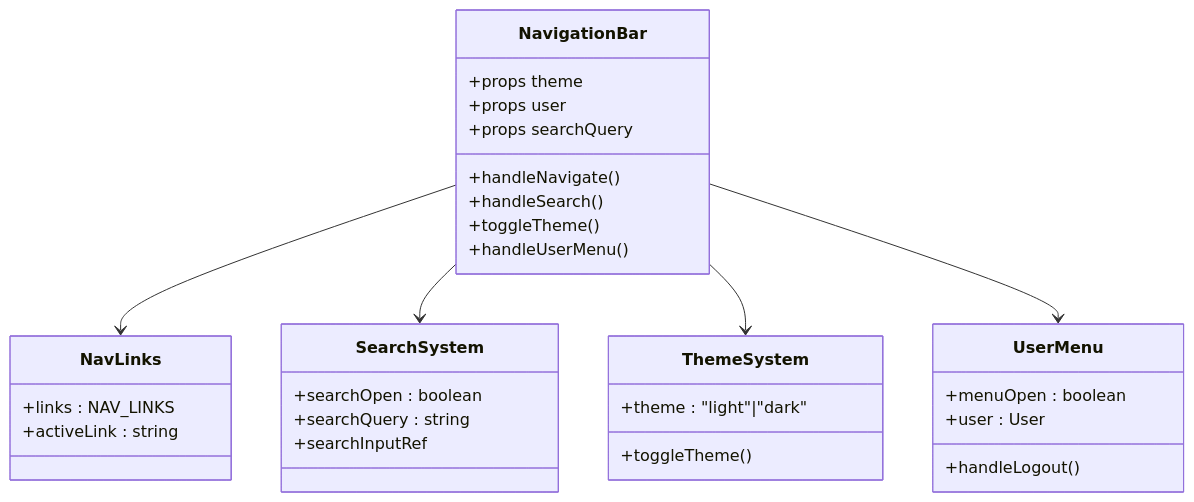
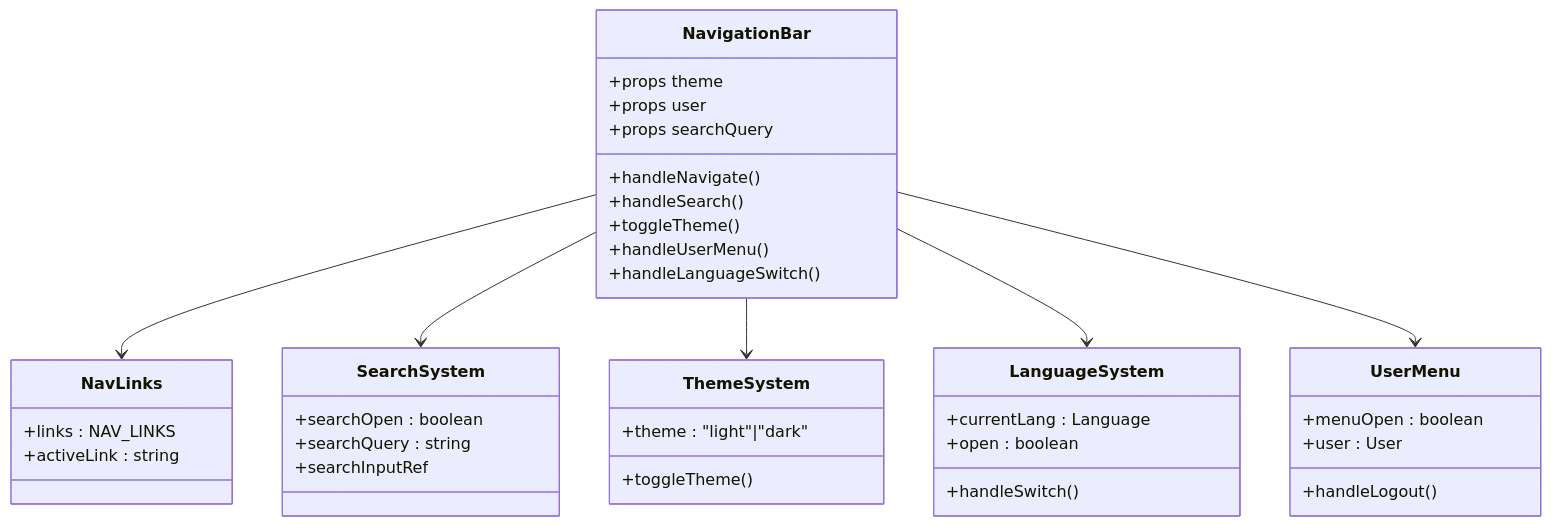
The fourth of 13 diagrams in .qoder/repowiki/zh/content/系统架构/前端架构/组件架构/资源管理组件.md (KunLabAI/KunFlix), drawn with Mermaid before and after one commit. The commit also changed other lines of this file and 78 other files, not shown here.

````diff
--- a/.qoder/repowiki/zh/content/系统架构/前端架构/组件架构/资源管理组件.md
+++ b/.qoder/repowiki/zh/content/系统架构/前端架构/组件架构/资源管理组件.md
@@ -184,34 +270,41 @@
 ```mermaid
 classDiagram
 class NavigationBar {
 +props theme
 +props user
 +props searchQuery
 +handleNavigate()
 +handleSearch()
 +toggleTheme()
 +handleUserMenu()
++handleLanguageSwitch()
 }
 class NavLinks {
 +links : NAV_LINKS
 +activeLink : string
 }
 class SearchSystem {
 +searchOpen : boolean
 +searchQuery : string
 +searchInputRef
 }
 class ThemeSystem {
 +theme : "light"|"dark"
 +toggleTheme()
 }
+class LanguageSystem {
++currentLang : Language
++open : boolean
++handleSwitch()
+}
 class UserMenu {
 +menuOpen : boolean
 +user : User
 +handleLogout()
 }
 NavigationBar --> NavLinks
 NavigationBar --> SearchSystem
 NavigationBar --> ThemeSystem
+NavigationBar --> LanguageSystem
 NavigationBar --> UserMenu
 ```
````
